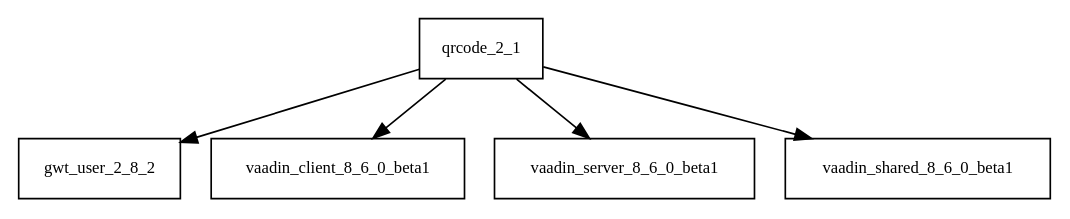
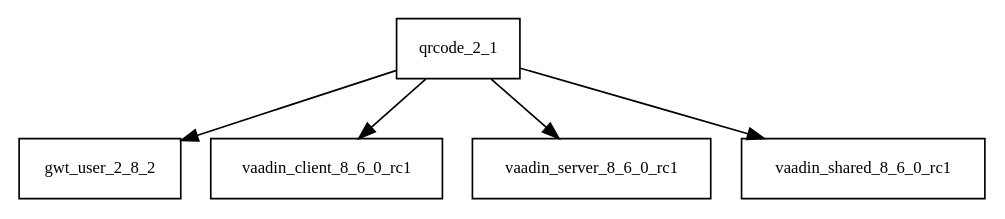
One commit to Hack23/cia changed the diagram in tattleTaleReport/graphviz/qrcode-2.1.jar/qrcode-2.1.jar.dot. Above: the diagram before and after it, drawn with Graphviz. The commit also changed 1393 other files, not shown here.

```diff
--- a/tattleTaleReport/graphviz/qrcode-2.1.jar/qrcode-2.1.jar.dot
+++ b/tattleTaleReport/graphviz/qrcode-2.1.jar/qrcode-2.1.jar.dot
@@ -1,7 +1,7 @@
 digraph qrcode_2_1_dependencies {
   node [shape = box, fontsize=10.0];
   qrcode_2_1 -> gwt_user_2_8_2;
-  qrcode_2_1 -> vaadin_client_8_6_0_beta1;
-  qrcode_2_1 -> vaadin_server_8_6_0_beta1;
-  qrcode_2_1 -> vaadin_shared_8_6_0_beta1;
+  qrcode_2_1 -> vaadin_client_8_6_0_rc1;
+  qrcode_2_1 -> vaadin_server_8_6_0_rc1;
+  qrcode_2_1 -> vaadin_shared_8_6_0_rc1;
 }
```
